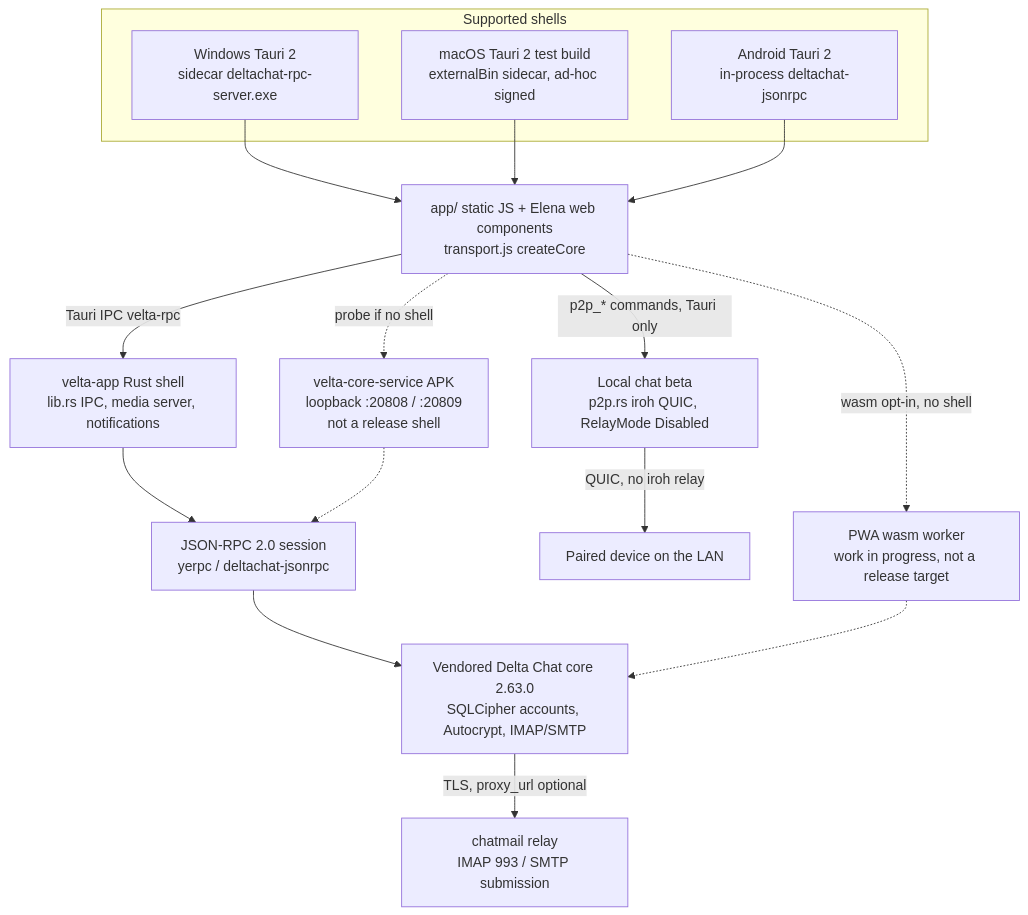
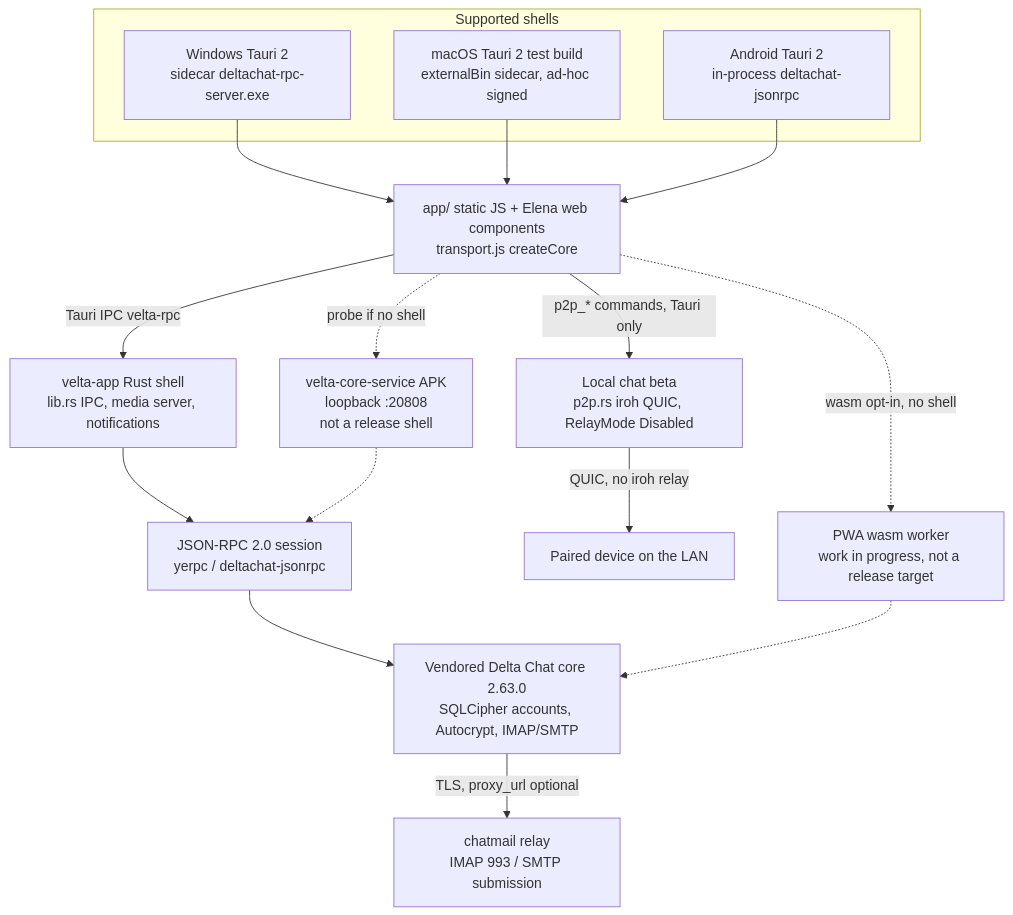
One commit to pbuzdin/velta changed the first of 3 diagrams in docs/as-built-architecture.md. Above: the diagram before and after it, drawn with Mermaid. The commit also changed other lines of this file and 3 other files, not shown here.

````diff
--- a/docs/as-built-architecture.md
+++ b/docs/as-built-architecture.md
@@ -71,33 +71,33 @@
 ```mermaid
 flowchart TB
   subgraph shells [Supported shells]
     Win["Windows Tauri 2<br/>sidecar deltachat-rpc-server.exe"]
     Mac["macOS Tauri 2 test build<br/>externalBin sidecar, ad-hoc signed"]
     And["Android Tauri 2<br/>in-process deltachat-jsonrpc"]
   end
 
   UI["app/ static JS + Elena web components<br/>transport.js createCore"]
   ShellRust["velta-app Rust shell<br/>lib.rs IPC, media server, notifications"]
   Rpc["JSON-RPC 2.0 session<br/>yerpc / deltachat-jsonrpc"]
   DC["Vendored Delta Chat core 2.63.0<br/>SQLCipher accounts, Autocrypt, IMAP/SMTP"]
   Relay["chatmail relay<br/>IMAP 993 / SMTP submission"]
   Local["Local chat beta<br/>p2p.rs iroh QUIC, RelayMode Disabled"]
   Peer["Paired device on the LAN"]
 
   Win --> UI
   Mac --> UI
   And --> UI
   UI -->|"Tauri IPC velta-rpc"| ShellRust
   ShellRust --> Rpc
   Rpc --> DC
   DC -->|"TLS, proxy_url optional"| Relay
   UI -->|"p2p_* commands, Tauri only"| Local
   Local -->|"QUIC, no iroh relay"| Peer
 
-  Svc["velta-core-service APK<br/>loopback :20808 / :20809<br/>not a release shell"]
+  Svc["velta-core-service APK<br/>loopback :20808<br/>not a release shell"]
   Wasm["PWA wasm worker<br/>work in progress, not a release target"]
   UI -.->|"probe if no shell"| Svc
   UI -.->|"wasm opt-in, no shell"| Wasm
   Svc -.-> Rpc
   Wasm -.-> DC
 ```
````
